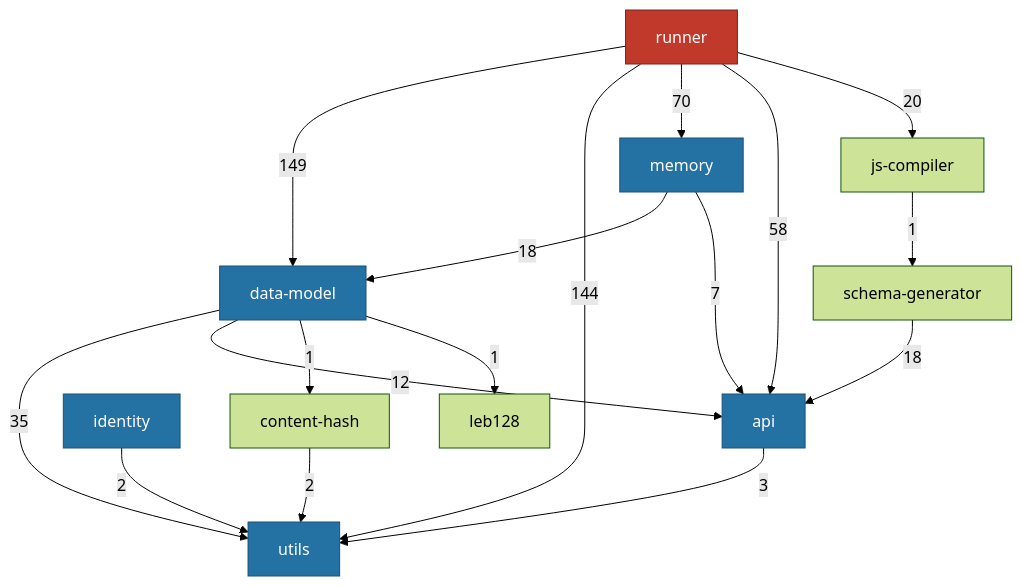
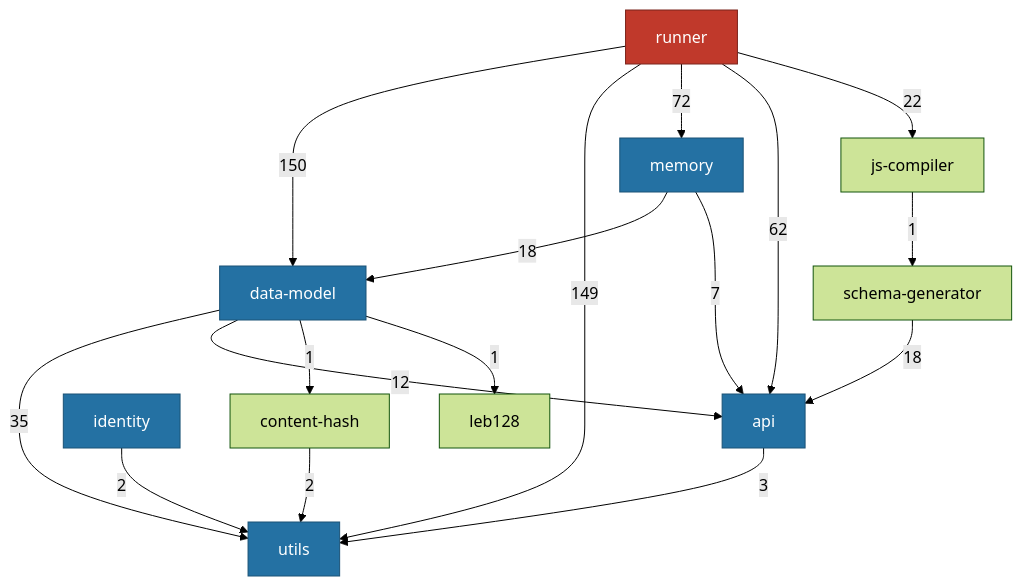
The first of 3 diagrams in docs/development/orientation/dependency-graph.md (commontoolsinc/labs), drawn with Mermaid (forest theme) before and after one commit. The commit also changed other lines of this file and 3 other files, not shown here.

````diff
--- a/docs/development/orientation/dependency-graph.md
+++ b/docs/development/orientation/dependency-graph.md
@@ -29,31 +29,31 @@
 ```mermaid
 flowchart TD
     classDef hub fill:#c0392b,stroke:#7b241c,color:#fff
     classDef floor fill:#2471a3,stroke:#1a5276,color:#fff
 
     runner["runner"]:::hub
     utils["utils"]:::floor
     datamodel["data-model"]:::floor
     api["api"]:::floor
     identity["identity"]:::floor
     memory["memory"]:::floor
     contenthash["content-hash"]
     leb128["leb128"]
 
-    runner -->|149| datamodel
-    runner -->|144| utils
-    runner -->|70| memory
-    runner -->|58| api
-    runner -->|20| jsc["js-compiler"]
+    runner -->|150| datamodel
+    runner -->|149| utils
+    runner -->|72| memory
+    runner -->|62| api
+    runner -->|22| jsc["js-compiler"]
     datamodel -->|35| utils
     datamodel -->|12| api
     datamodel -->|1| contenthash
     datamodel -->|1| leb128
     memory -->|18| datamodel
     memory -->|7| api
     api -->|3| utils
     identity -->|2| utils
     contenthash -->|2| utils
     jsc -->|1| schemagen["schema-generator"]
     schemagen -->|18| api
 ```
````
